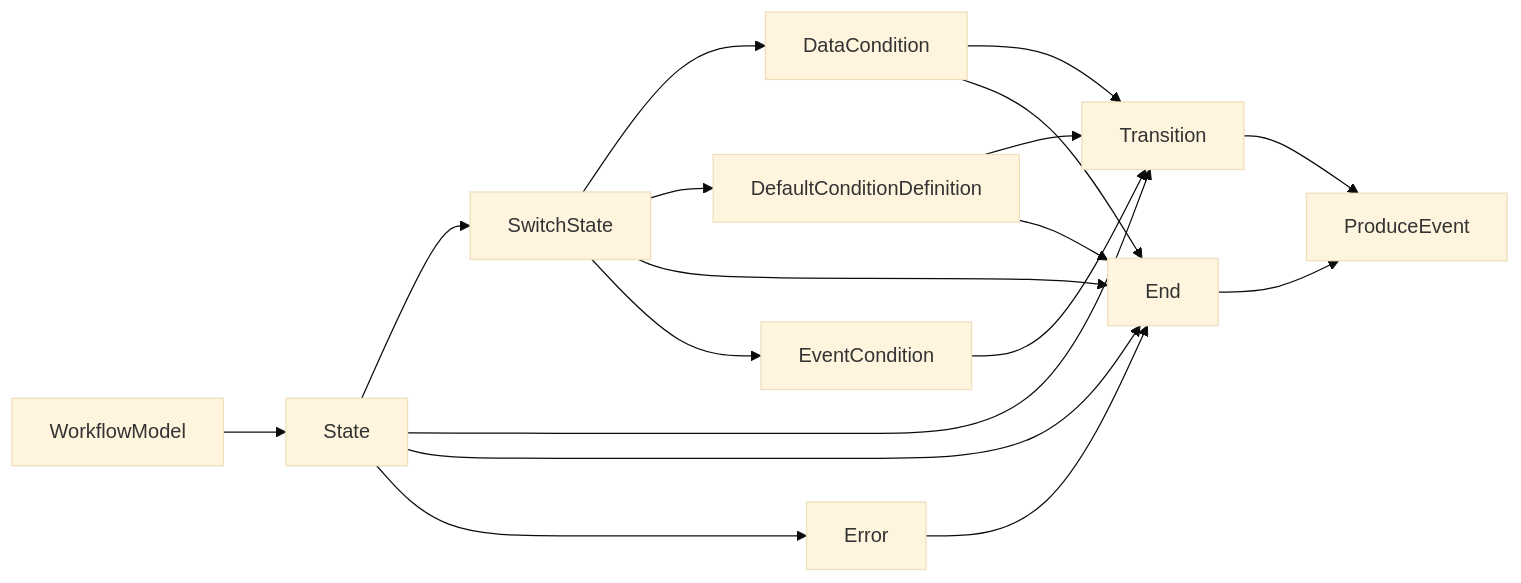
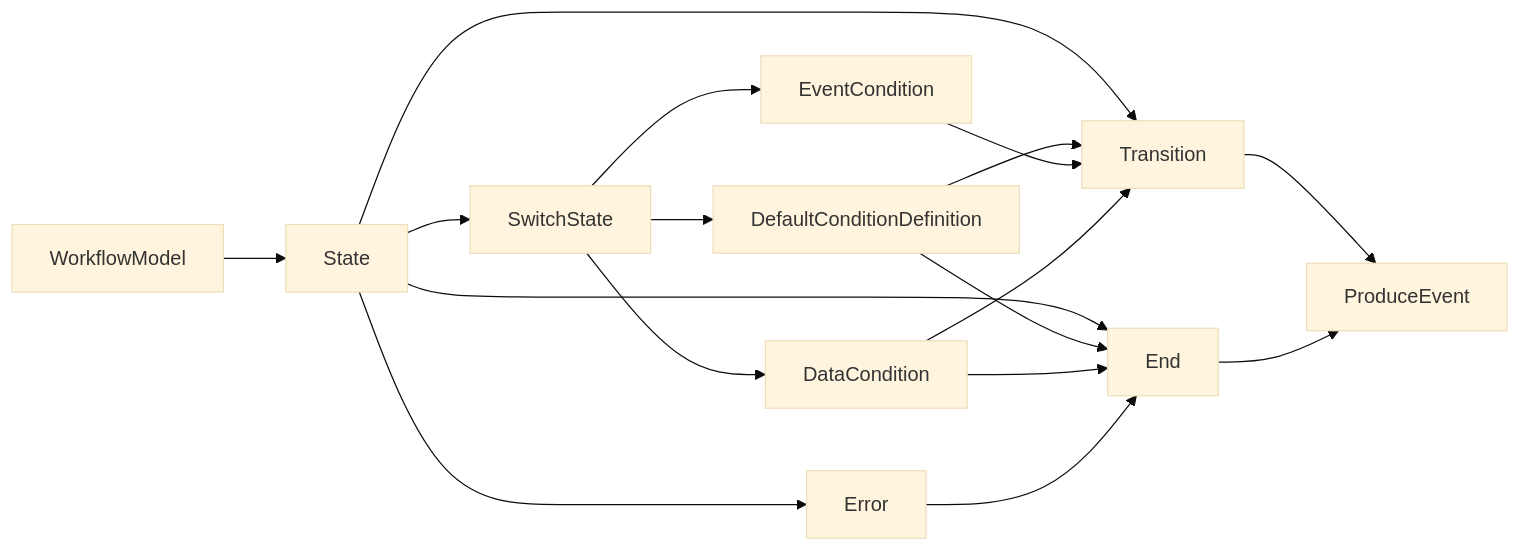
Diagram 13 of 13 in diagram.md (hbelmiro/serverless-workflow-validations), drawn with Mermaid (base theme) before and after one commit. The commit also changed other lines of this file and 1 other file, not shown here.

Commit message:
Updated diagram

````diff
--- a/diagram.md
+++ b/diagram.md
@@ -172,21 +176,20 @@
 ```mermaid
   graph LR
   
   WorkflowModel-->State
   State-->SwitchState
   State-->Transition
   State-->End
   State-->Error
   SwitchState-->DataCondition
   SwitchState-->DefaultConditionDefinition
-  SwitchState-->End
   SwitchState-->EventCondition
   Transition-->ProduceEvent
   DefaultConditionDefinition-->Transition
   DefaultConditionDefinition-->End
   EventCondition-->Transition
   DataCondition-->Transition
   DataCondition-->End
   Error-->End
   End-->ProduceEvent
 ```
````
